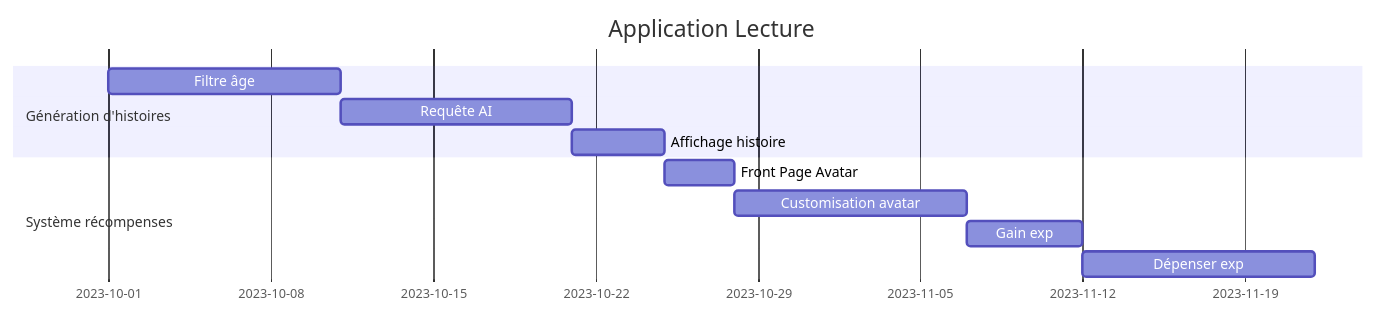
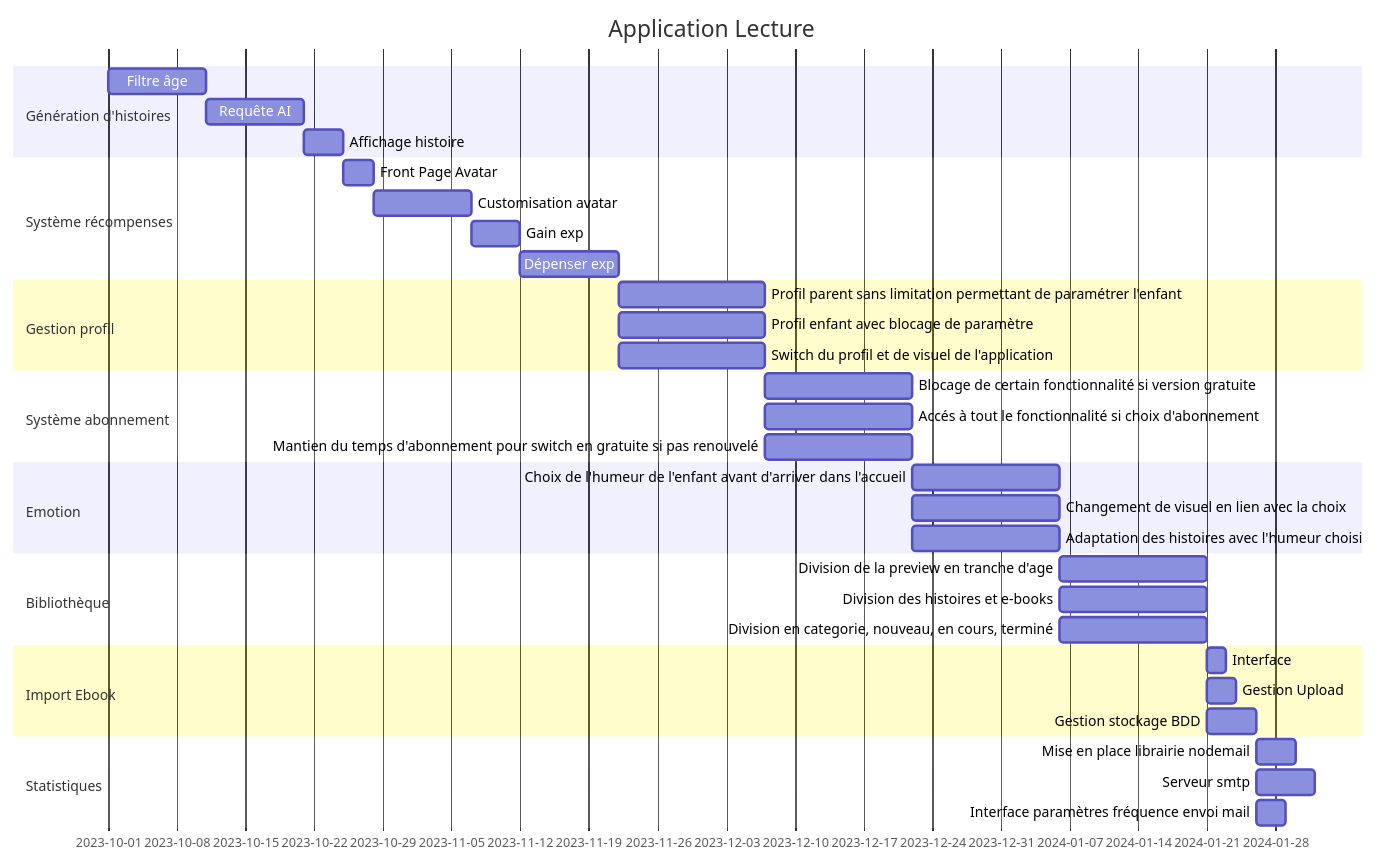
Before and after one commit to Zelie-C/projet_lecture_doc: the diagram in diagramme_gantt_initial.md, drawn with Mermaid.

Commit message:
ajouts fonctionalités

````diff
--- a/diagramme_gantt_initial.md
+++ b/diagramme_gantt_initial.md
@@ -2,17 +2,45 @@
 ```mermaid
 gantt
     title Application Lecture
     
     section Génération d'histoires
     Filtre âge : a1, 2023-10-01, 10d
     Requête AI : a2, after a1, 10d
     Affichage histoire : a3, after a2, 4d
 
     section Système récompenses
     Front Page Avatar : b1, after a3  , 3d
     Customisation avatar : b2, after b1, 10d
     Gain exp : b3, after b2, 5d
-    Dépenser exp : after b3, 10d
+    Dépenser exp : b4, after b3, 10d
 
+    section Gestion profil
+    Profil parent sans limitation permettant de paramétrer l'enfant : c1, after b4, 15d
+    Profil enfant avec blocage de paramètre : c2, after b4, 15d
+    Switch du profil et de visuel de l'application : c3, after b4, 15d
 
+    section Système abonnement
+    Blocage de certain fonctionnalité si version gratuite : d1, after c3, 15d
+    Accés à tout le fonctionnalité si choix d'abonnement : d2, after c3, 15d
+    Mantien du temps d'abonnement pour switch en gratuite si pas renouvelé : d3, after c3, 15d
+
+    section Emotion 
+    Choix de l'humeur de l'enfant avant d'arriver dans l'accueil : e1, after d3, 15d
+    Changement de visuel en lien avec la choix : e2, after d3, 15d
+    Adaptation des histoires avec l'humeur choisi : e3, after d3, 15d
+
+    section Bibliothèque
+    Division de la preview en tranche d'age : f1, after e3, 15d
+    Division des histoires et e-books : f2, after e3, 15d
+    Division en categorie, nouveau, en cours, terminé : f3, after e3, 15d
+
+    section Import Ebook
+    Interface: g1, after f3, 2d
+    Gestion Upload: g2, after f3, 3d
+    Gestion stockage BDD : g3, after f3, 5d
+
+    section Statistiques
+    Mise en place librairie nodemail: h1, after g3, 4d
+    Serveur smtp: h2, after g3, 6d
+    Interface paramètres fréquence envoi mail: h3, after g3, 3d
 ```
````
